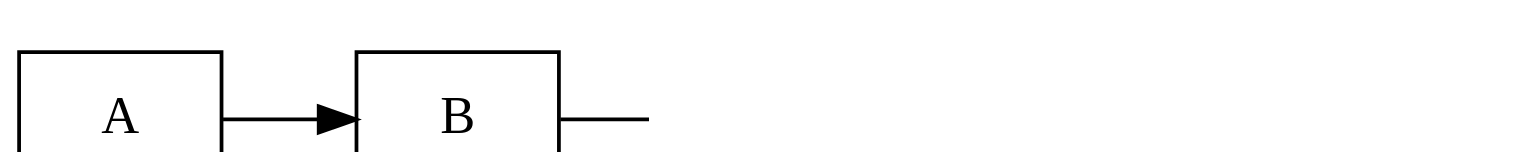
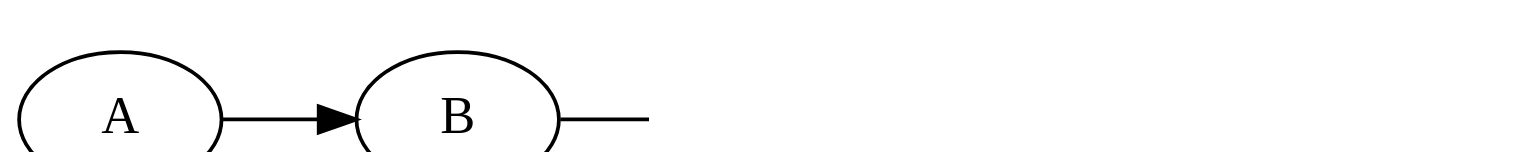
One commit to inponomarev/kstreams-testing-pitfalls changed the first of 10 diagrams in slides/src/main/asciidoc/lecture.adoc. Above: the diagram before and after it, drawn with Graphviz. The commit also changed other lines of this file and 2 other files, not shown here.

Commit message:
better diagrams

```diff
--- a/slides/src/main/asciidoc/lecture.adoc
+++ b/slides/src/main/asciidoc/lecture.adoc
@@ -44,18 +44,17 @@
-[graphviz,"dedup-problem.png"]
+[graphviz,"dedup-problem1.png"]
 ----
 digraph G {
 graph [ dpi = 180 ];
 rankdir="LR";
-node[shape=box];
 A1[label="A"];
 B1[label="B"];
 A2[label="A"];
 B2[label="B"];
 
 A1 -> B1 -> B2 ->A2 ;
 DB[shape="cylinder", label=<<table cellspacing="5" cellborder="0"  border="1">
         <tr><td>A</td>
         <vr/><td>B</td></tr></table>>];
 A2->DB;
 }
 ----
```
